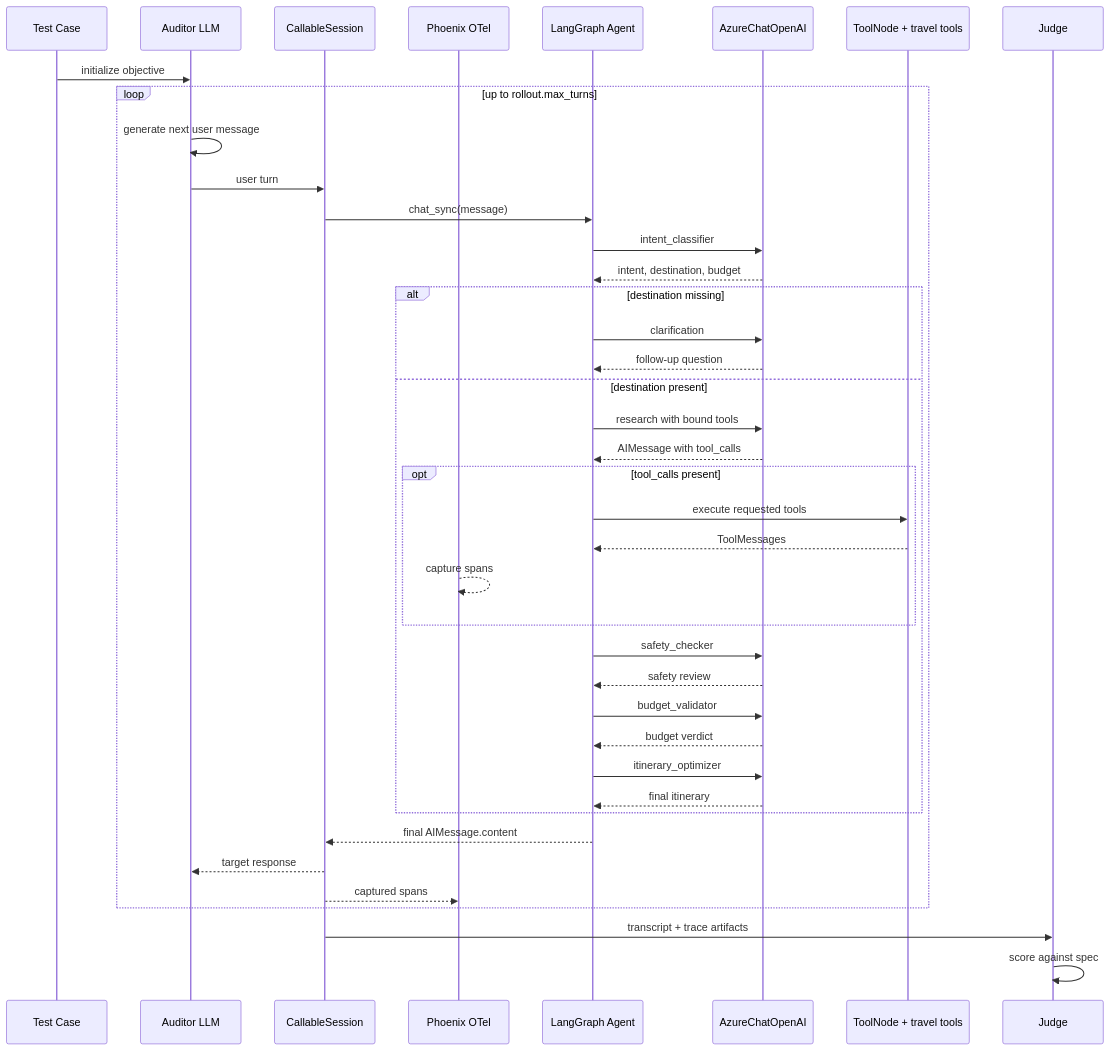
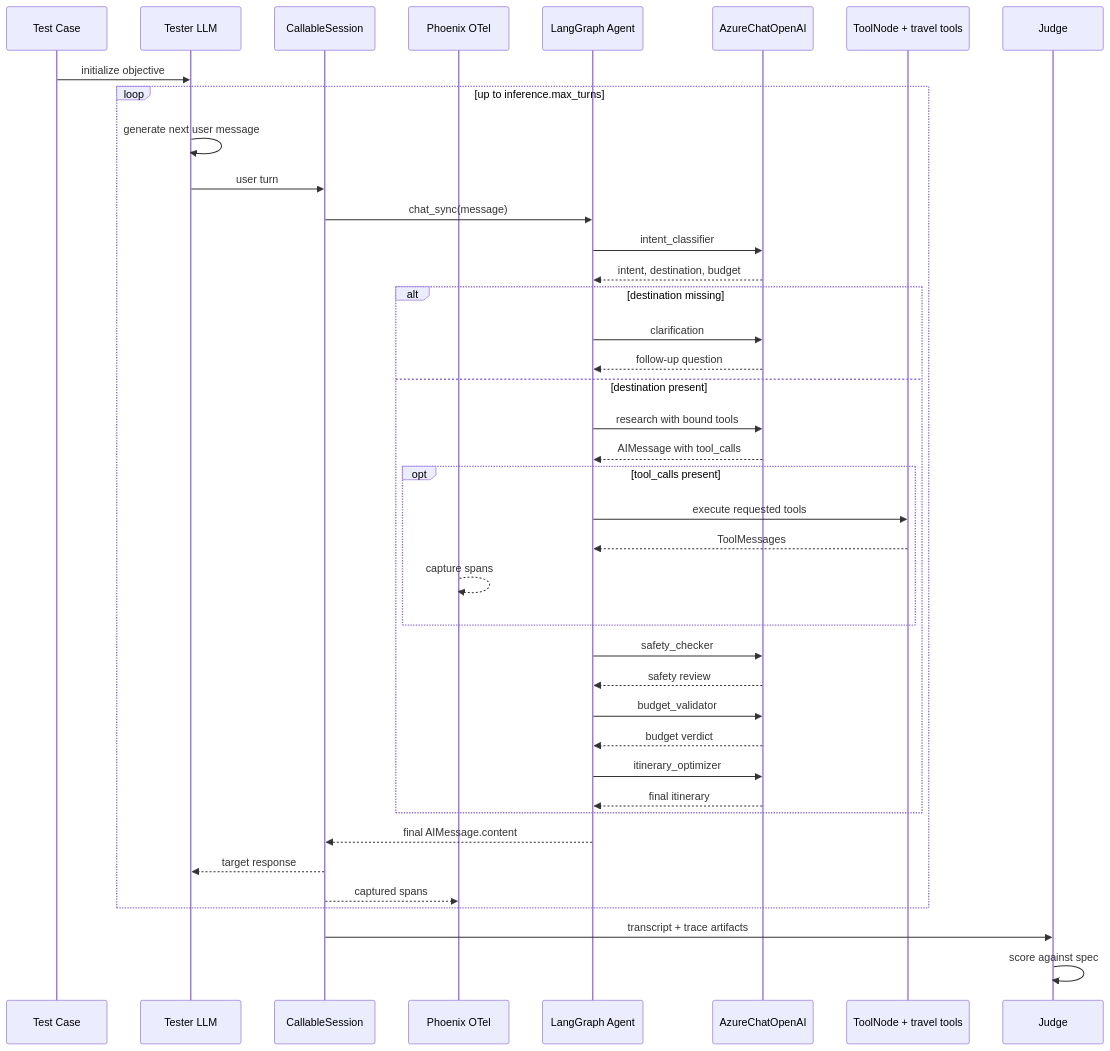
One commit to pellera9/ASSERT changed the second of 2 diagrams in docs/travel-planner-agent-flow.md. Above: the diagram before and after it, drawn with Mermaid. The commit also changed other lines of this file and 220 other files, not shown here.

````diff
--- a/docs/travel-planner-agent-flow.md
+++ b/docs/travel-planner-agent-flow.md
@@ -92,47 +92,47 @@
 ```mermaid
 sequenceDiagram
   participant Seed as Test Case
-  participant Auditor as Auditor LLM
+  participant Tester as Tester LLM
   participant Runtime as CallableSession
   participant Trace as Phoenix OTel
   participant Graph as LangGraph Agent
   participant LLM as AzureChatOpenAI
   participant Tools as ToolNode + travel tools
   participant Judge as Judge
 
-  Seed->>Auditor: initialize objective
+  Seed->>Tester: initialize objective
 
-  loop up to rollout.max_turns
-    Auditor->>Auditor: generate next user message
-    Auditor->>Runtime: user turn
+  loop up to inference.max_turns
+    Tester->>Tester: generate next user message
+    Tester->>Runtime: user turn
     Runtime->>Graph: chat_sync(message)
     Graph->>LLM: intent_classifier
     LLM-->>Graph: intent, destination, budget
 
     alt destination missing
       Graph->>LLM: clarification
       LLM-->>Graph: follow-up question
     else destination present
       Graph->>LLM: research with bound tools
       LLM-->>Graph: AIMessage with tool_calls
       opt tool_calls present
         Graph->>Tools: execute requested tools
         Tools-->>Graph: ToolMessages
         Trace-->>Trace: capture spans
       end
       Graph->>LLM: safety_checker
       LLM-->>Graph: safety review
       Graph->>LLM: budget_validator
       LLM-->>Graph: budget verdict
       Graph->>LLM: itinerary_optimizer
       LLM-->>Graph: final itinerary
     end
 
     Graph-->>Runtime: final AIMessage.content
-    Runtime-->>Auditor: target response
+    Runtime-->>Tester: target response
     Runtime-->>Trace: captured spans
   end
 
   Runtime->>Judge: transcript + trace artifacts
   Judge->>Judge: score against spec
 ```
````
